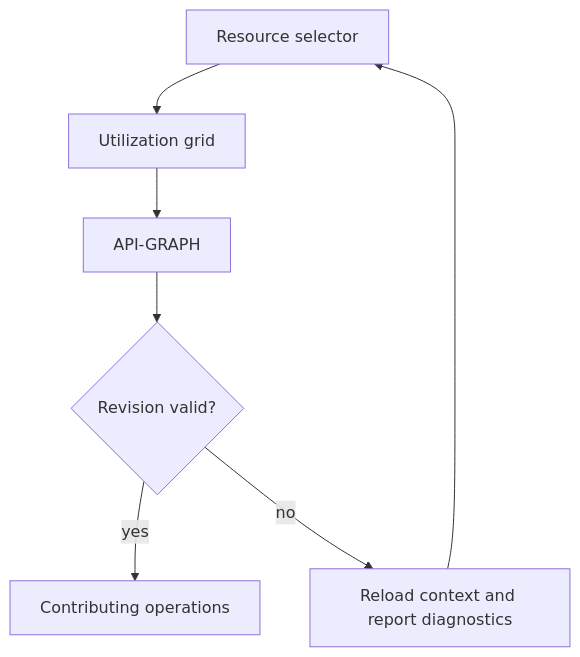
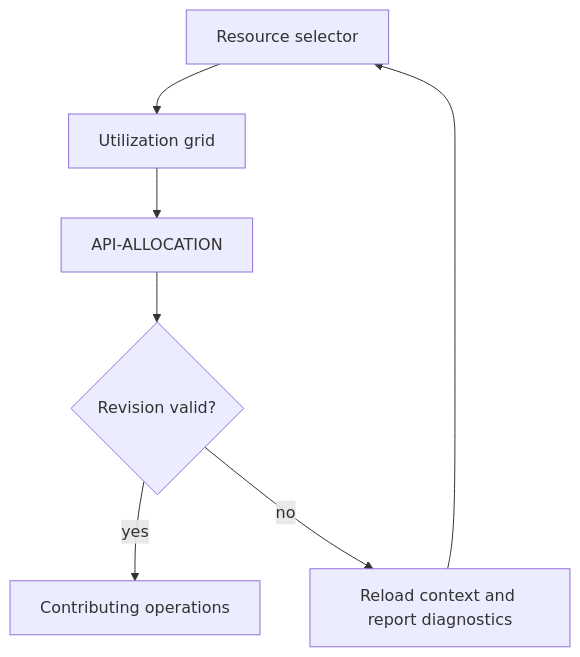
Before and after one commit to ameenalqershi/wow-decision-intelligence: the first of 2 diagrams in docs/design/studio/UI16.md, drawn with Mermaid. The commit also changed other lines of this file and 15 other files, not shown here.

````diff
--- a/docs/design/studio/UI16.md
+++ b/docs/design/studio/UI16.md
@@ -21,9 +21,9 @@
 ```mermaid
 flowchart TD
   S["Resource selector"] --> W["Utilization grid"]
-  W --> A["API-GRAPH"]
+  W --> A["API-ALLOCATION"]
   A --> V{"Revision valid?"}
   V -->|yes| I["Contributing operations"]
   V -->|no| R["Reload context and report diagnostics"]
   R --> S
 ```
````
